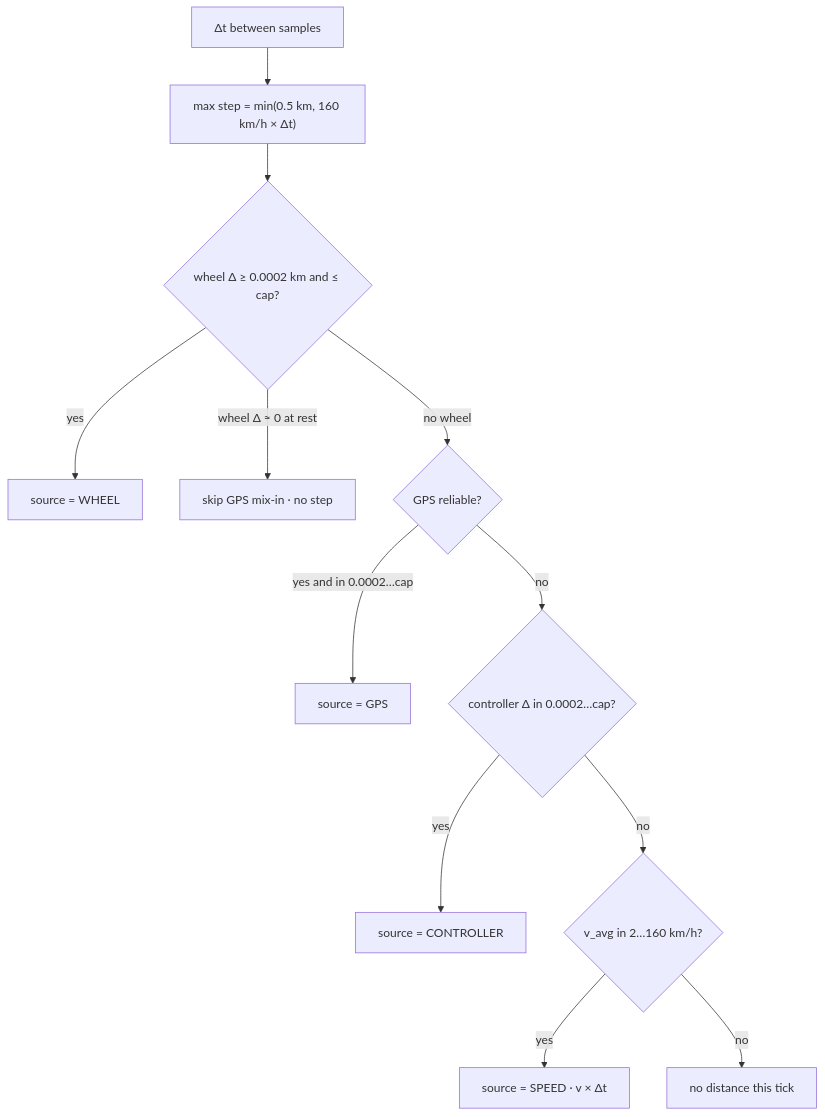
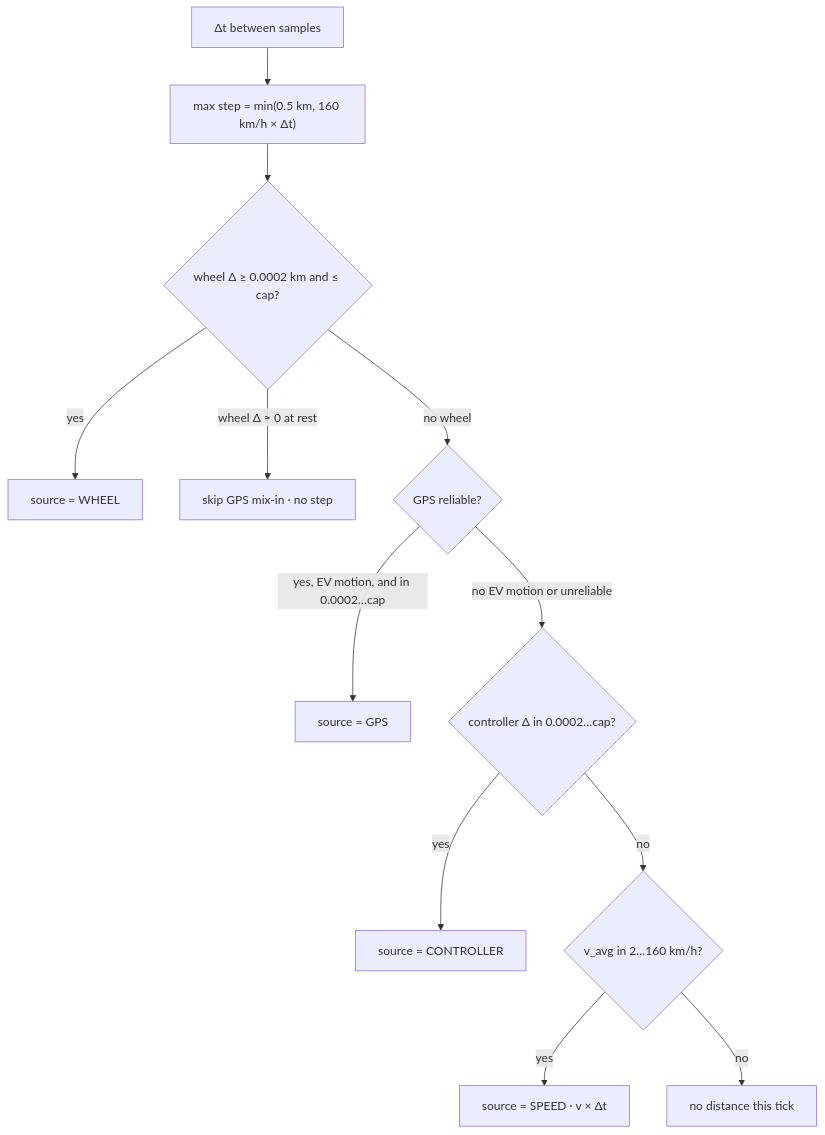
One commit to livello/OsmAnd changed the third of 8 diagrams in OsmAnd/src/net/osmand/plus/plugins/evbms/doc/CalculationInfo.md. Above: the diagram before and after it, drawn with Mermaid. The commit also changed other lines of this file and 6 other files, not shown here.

````diff
--- a/OsmAnd/src/net/osmand/plus/plugins/evbms/doc/CalculationInfo.md
+++ b/OsmAnd/src/net/osmand/plus/plugins/evbms/doc/CalculationInfo.md
@@ -106,14 +108,14 @@
 ```mermaid
 flowchart TD
   A[Δt between samples] --> Cap["max step = min(0.5 km, 160 km/h × Δt)"]
   Cap --> W{wheel Δ ≥ 0.0002 km and ≤ cap?}
   W -->|yes| UseW[source = WHEEL]
   W -->|wheel Δ ≈ 0 at rest| Zero[skip GPS mix-in · no step]
   W -->|no wheel| G{GPS reliable?}
-  G -->|yes and in 0.0002…cap| UseG[source = GPS]
-  G -->|no| C{controller Δ in 0.0002…cap?}
+  G -->|yes, EV motion, and in 0.0002…cap| UseG[source = GPS]
+  G -->|no EV motion or unreliable| C{controller Δ in 0.0002…cap?}
   C -->|yes| UseC[source = CONTROLLER]
   C -->|no| S{"v_avg in 2…160 km/h?"}
   S -->|yes| UseS[source = SPEED · v × Δt]
   S -->|no| None[no distance this tick]
 ```
````
